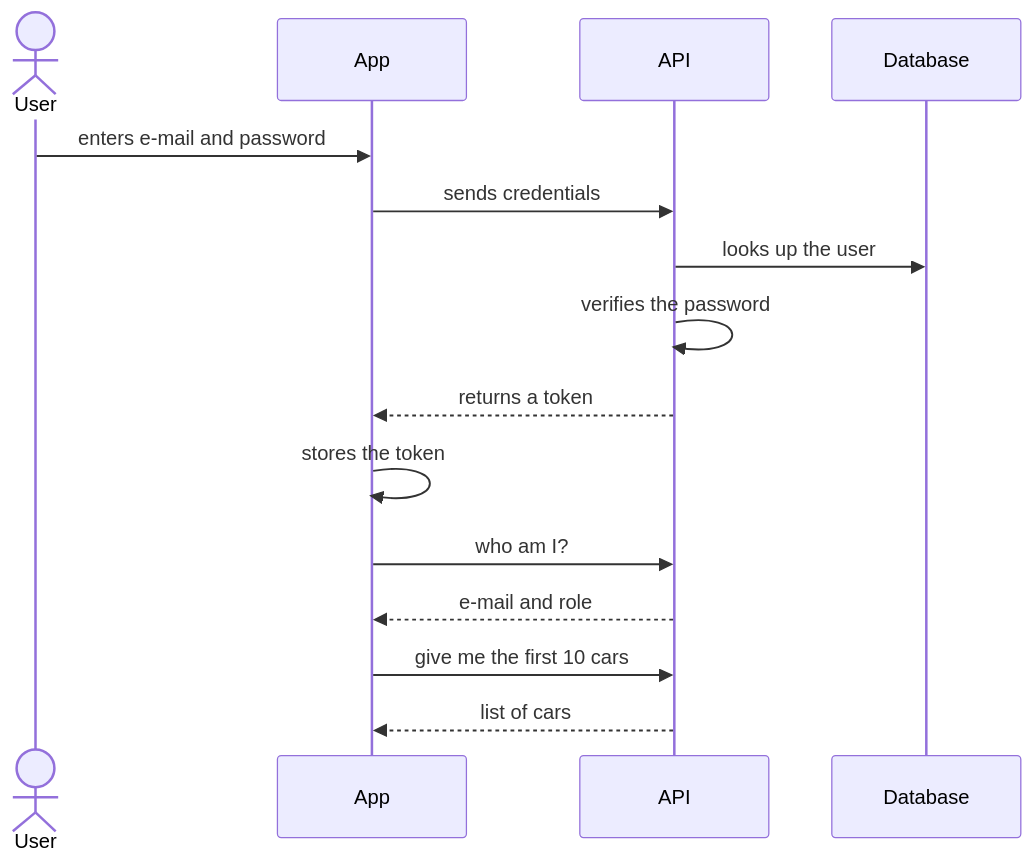
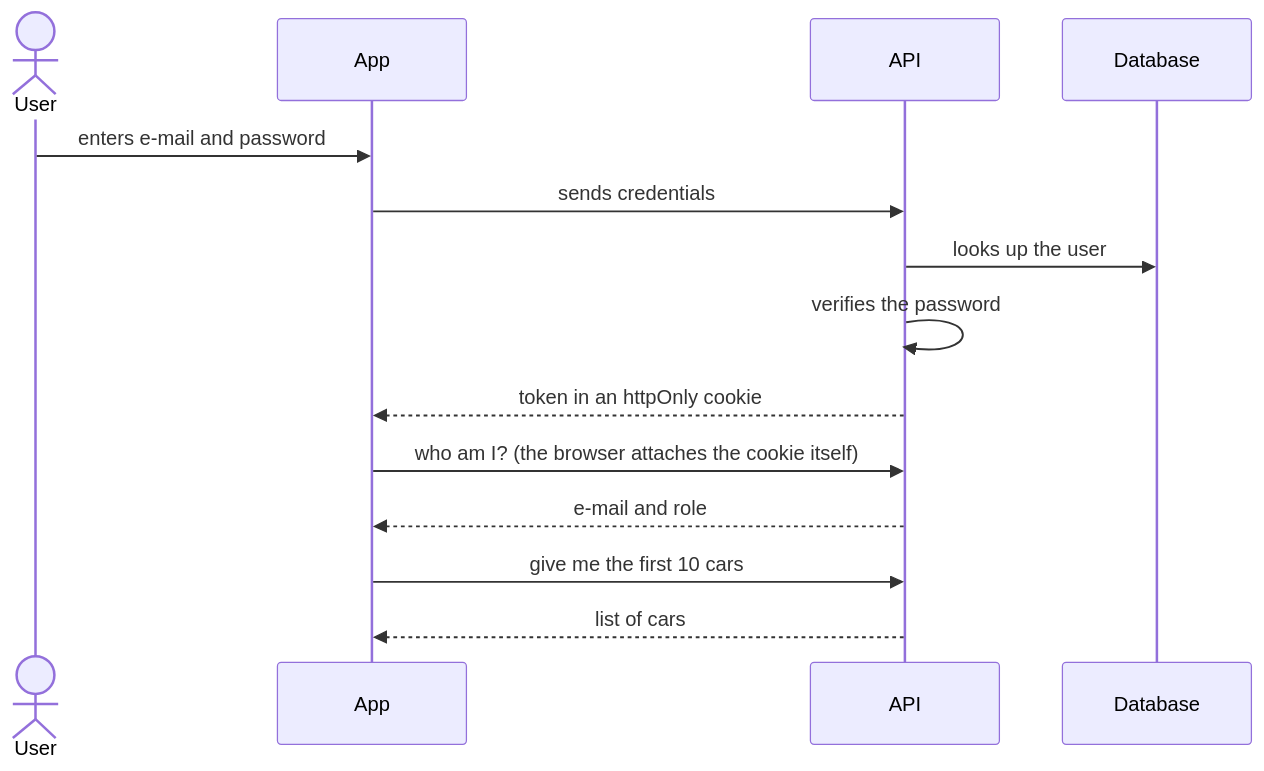
One commit to Matus1232/car-fleet- changed the second of 3 diagrams in README.en.md. Above: the diagram before and after it, drawn with Mermaid. The commit also changed other lines of this file and 36 other files, not shown here.

````diff
--- a/README.en.md
+++ b/README.en.md
@@ -94,18 +107,17 @@
 ```mermaid
 sequenceDiagram
     actor U as User
     participant F as App
     participant A as API
     participant D as Database
 
     U->>F: enters e-mail and password
     F->>A: sends credentials
     A->>D: looks up the user
     A->>A: verifies the password
-    A-->>F: returns a token
-    F->>F: stores the token
-    F->>A: who am I?
+    A-->>F: token in an httpOnly cookie
+    F->>A: who am I? (the browser attaches the cookie itself)
     A-->>F: e-mail and role
     F->>A: give me the first 10 cars
     A-->>F: list of cars
 ```
````
